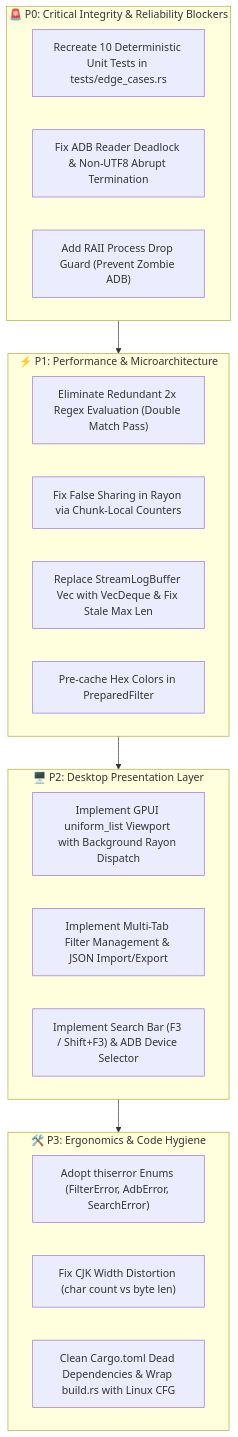
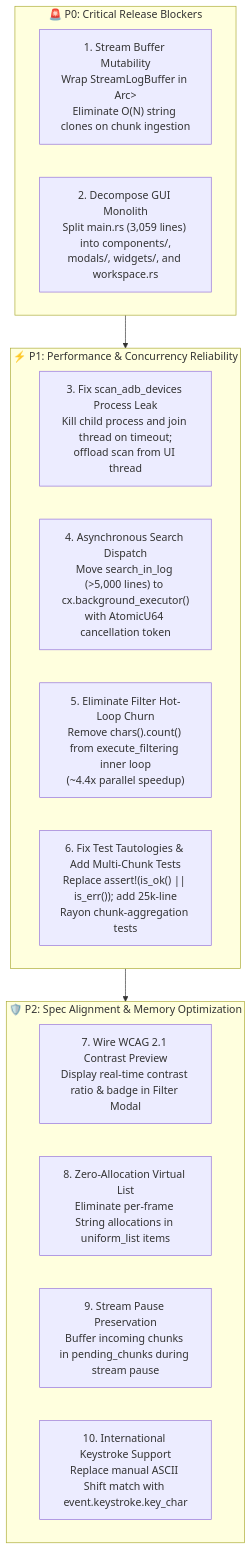
Before and after one commit to hwanjongyu/LogAnalysis: the diagram in docs/multi_model_review_report.md, drawn with Mermaid. The commit also changed other lines of this file and 20 other files, not shown here.

````diff
--- a/docs/multi_model_review_report.md
+++ b/docs/multi_model_review_report.md
@@ -46,31 +55,24 @@
 ```mermaid
 flowchart TD
-    subgraph P0_Blockers ["🚨 P0: Critical Integrity & Reliability Blockers"]
-        T1["Recreate 10 Deterministic Unit Tests in tests/edge_cases.rs"]
-        T2["Fix ADB Reader Deadlock & Non-UTF8 Abrupt Termination"]
-        T3["Add RAII Process Drop Guard (Prevent Zombie ADB)"]
+    subgraph P0_Blockers ["🚨 P0: Critical Release Blockers"]
+        P0_1["1. Stream Buffer Mutability\nWrap StreamLogBuffer in Arc<RwLock<StreamLogBuffer>>\nEliminate O(N) string clones on chunk ingestion"]
+        P0_2["2. Decompose GUI Monolith\nSplit main.rs (3,059 lines) into components/,\nmodals/, widgets/, and workspace.rs"]
     end
 
-    subgraph P1_Performance ["⚡ P1: Performance & Microarchitecture"]
-        P1["Eliminate Redundant 2x Regex Evaluation (Double Match Pass)"]
-        P2["Fix False Sharing in Rayon via Chunk-Local Counters"]
-        P3["Replace StreamLogBuffer Vec with VecDeque & Fix Stale Max Len"]
-        P4["Pre-cache Hex Colors in PreparedFilter"]
+    subgraph P1_Performance_Reliability ["⚡ P1: Performance & Concurrency Reliability"]
+        P1_1["3. Fix scan_adb_devices Process Leak\nKill child process and join thread on timeout;\noffload scan from UI thread"]
+        P1_2["4. Asynchronous Search Dispatch\nMove search_in_log (>5,000 lines) to cx.background_executor()\nwith AtomicU64 cancellation token"]
+        P1_3["5. Eliminate Filter Hot-Loop Churn\nRemove chars().count() from execute_filtering inner loop\n(~4.4x parallel speedup)"]
+        P1_4["6. Fix Test Tautologies & Add Multi-Chunk Tests\nReplace assert!(is_ok() || is_err()); add 25k-line\nRayon chunk-aggregation tests"]
     end
 
-    subgraph P2_GUI ["🖥️ P2: Desktop Presentation Layer"]
-        G1["Implement GPUI uniform_list Viewport with Background Rayon Dispatch"]
-        G2["Implement Multi-Tab Filter Management & JSON Import/Export"]
-        G3["Implement Search Bar (F3 / Shift+F3) & ADB Device Selector"]
+    subgraph P2_UI_Spec_Alignment ["🛡️ P2: Spec Alignment & Memory Optimization"]
+        P2_1["7. Wire WCAG 2.1 Contrast Preview\nDisplay real-time contrast ratio & badge in Filter Modal"]
+        P2_2["8. Zero-Allocation Virtual List\nEliminate per-frame String allocations in uniform_list items"]
+        P2_3["9. Stream Pause Preservation\nBuffer incoming chunks in pending_chunks during stream pause"]
+        P2_4["10. International Keystroke Support\nReplace manual ASCII Shift match with event.keystroke.key_char"]
     end
 
-    subgraph P3_Hygiene ["🛠️ P3: Ergonomics & Code Hygiene"]
-        H1["Adopt thiserror Enums (FilterError, AdbError, SearchError)"]
-        H2["Fix CJK Width Distortion (char count vs byte len)"]
-        H3["Clean Cargo.toml Dead Dependencies & Wrap build.rs with Linux CFG"]
-    end
-
-    P0_Blockers --> P1_Performance
-    P1_Performance --> P2_GUI
-    P2_GUI --> P3_Hygiene
+    P0_Blockers --> P1_Performance_Reliability
+    P1_Performance_Reliability --> P2_UI_Spec_Alignment
 ```
````
